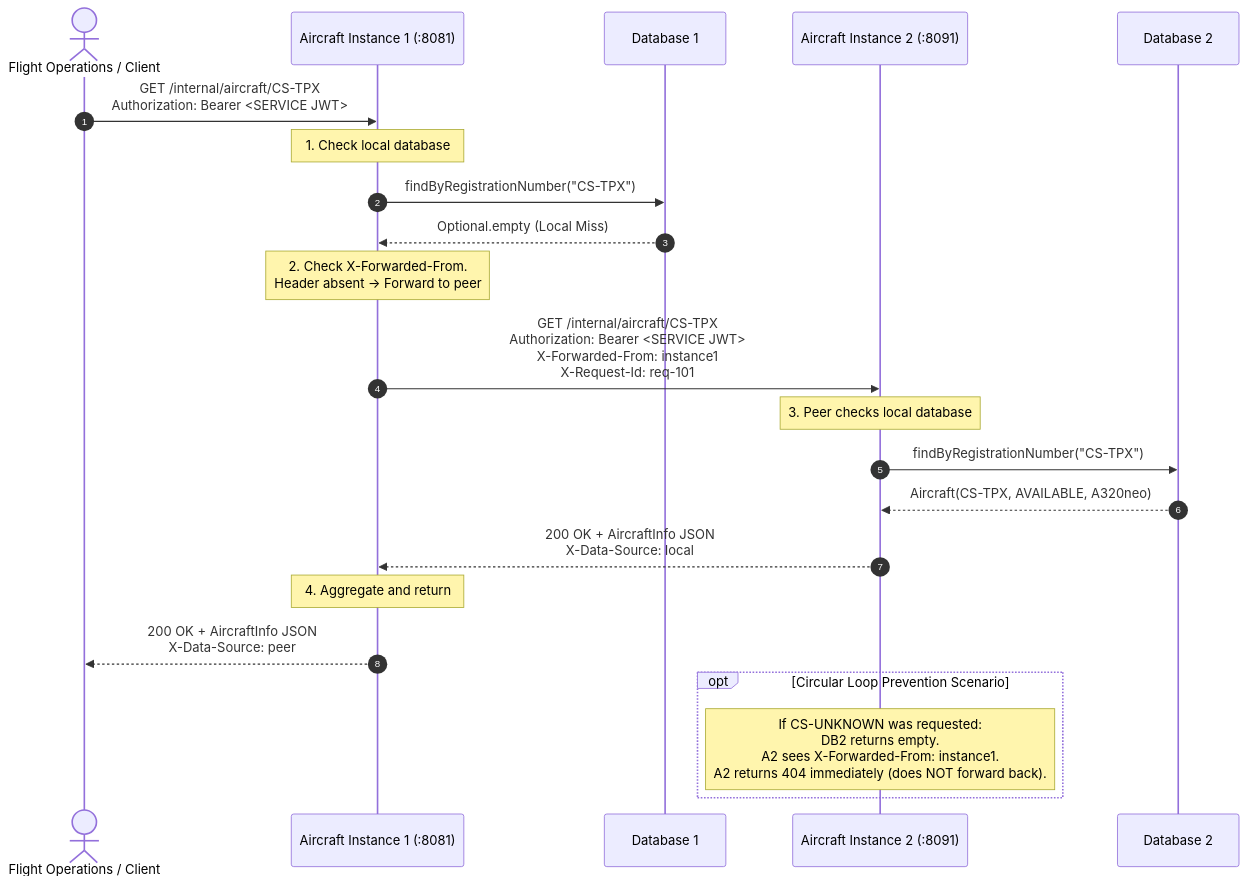
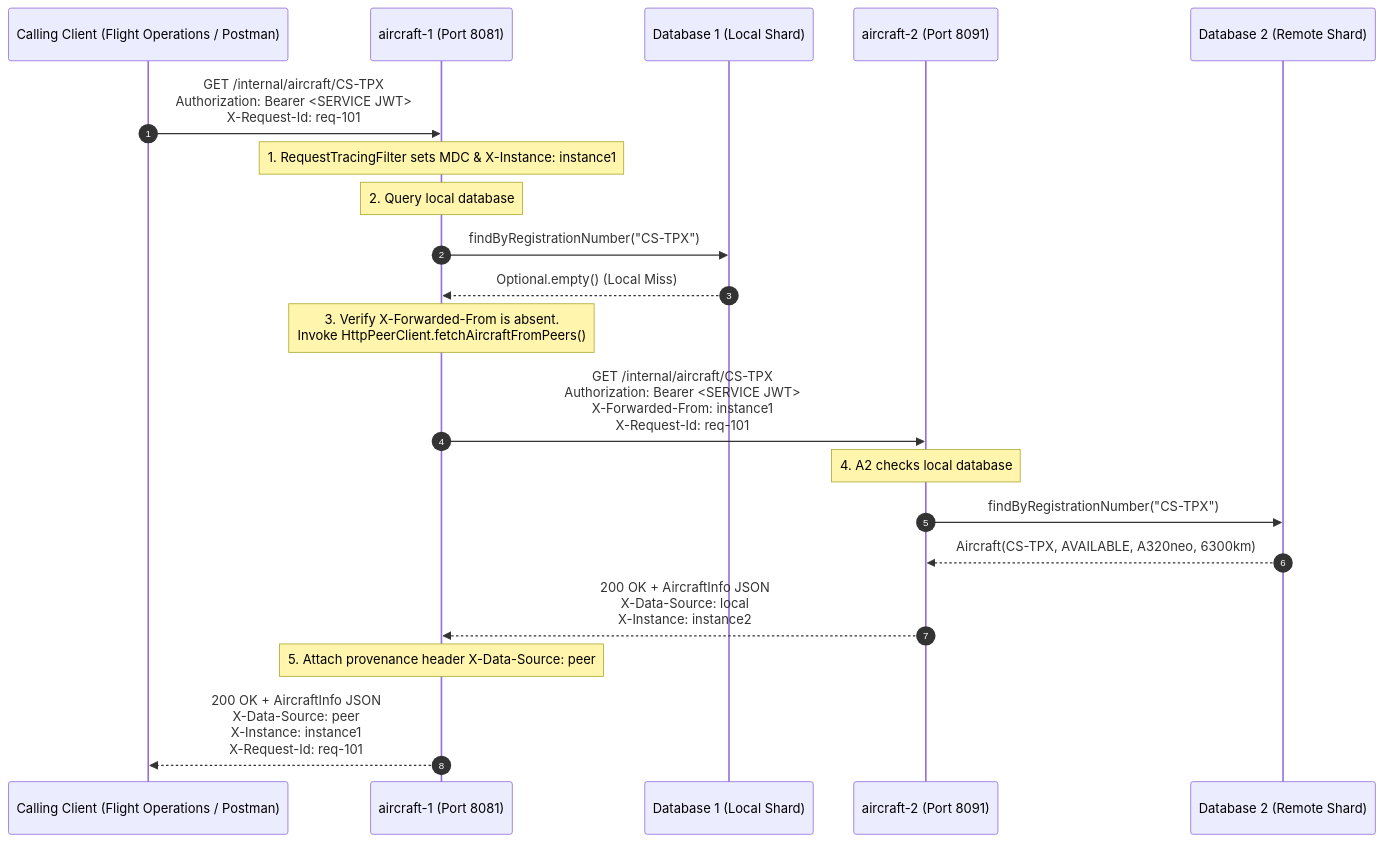
Before and after one commit to ImJay1527/aircraft-maintenance-service: the fifth of 6 diagrams in docs/C4-Model.md, drawn with Mermaid. The commit also changed other lines of this file and 2 other files, not shown here.

Commit message:
docs: enrich architecture and C4 model with distributed systems theory (CAP/PACELC, Fallacies, Zero SPOF, Kruchten 4+1)

````diff
--- a/docs/C4-Model.md
+++ b/docs/C4-Model.md
@@ -117,30 +215,28 @@
 ```mermaid
+%% Sequence Diagram: P2P Query Forwarding
 sequenceDiagram
     autonumber
-    actor Caller as Flight Operations / Client
-    participant A1 as Aircraft Instance 1 (:8081)
-    participant DB1 as Database 1
-    participant A2 as Aircraft Instance 2 (:8091)
-    participant DB2 as Database 2
+    participant Caller as Calling Client (Flight Operations / Postman)
+    participant A1 as aircraft-1 (Port 8081)
+    participant DB1 as Database 1 (Local Shard)
+    participant A2 as aircraft-2 (Port 8091)
+    participant DB2 as Database 2 (Remote Shard)
 
-    Caller->>A1: GET /internal/aircraft/CS-TPX<br/>Authorization: Bearer <SERVICE JWT>
-    Note over A1: 1. Check local database
+    Caller->>A1: GET /internal/aircraft/CS-TPX<br/>Authorization: Bearer <SERVICE JWT><br/>X-Request-Id: req-101
+    
+    Note over A1: 1. RequestTracingFilter sets MDC & X-Instance: instance1
+    Note over A1: 2. Query local database
     A1->>DB1: findByRegistrationNumber("CS-TPX")
-    DB1-->>A1: Optional.empty (Local Miss)
+    DB1-->>A1: Optional.empty() (Local Miss)
 
-    Note over A1: 2. Check X-Forwarded-From.<br/>Header absent -> Forward to peer
+    Note over A1: 3. Verify X-Forwarded-From is absent.<br/>Invoke HttpPeerClient.fetchAircraftFromPeers()
     A1->>A2: GET /internal/aircraft/CS-TPX<br/>Authorization: Bearer <SERVICE JWT><br/>X-Forwarded-From: instance1<br/>X-Request-Id: req-101
 
-    Note over A2: 3. Peer checks local database
+    Note over A2: 4. A2 checks local database
     A2->>DB2: findByRegistrationNumber("CS-TPX")
-    DB2-->>A2: Aircraft(CS-TPX, AVAILABLE, A320neo)
-    A2-->>A1: 200 OK + AircraftInfo JSON<br/>X-Data-Source: local
+    DB2-->>A2: Aircraft(CS-TPX, AVAILABLE, A320neo, 6300km)
+    A2-->>A1: 200 OK + AircraftInfo JSON<br/>X-Data-Source: local<br/>X-Instance: instance2
 
-    Note over A1: 4. Aggregate and return
-    A1-->>Caller: 200 OK + AircraftInfo JSON<br/>X-Data-Source: peer
-
-    %% Loop prevention note
-    opt Circular Loop Prevention Scenario
-        Note over A2: If CS-UNKNOWN was requested:<br/>DB2 returns empty.<br/>A2 sees X-Forwarded-From: instance1.<br/>A2 returns 404 immediately (does NOT forward back).
-    end
+    Note over A1: 5. Attach provenance header X-Data-Source: peer
+    A1-->>Caller: 200 OK + AircraftInfo JSON<br/>X-Data-Source: peer<br/>X-Instance: instance1<br/>X-Request-Id: req-101
 ```
````
